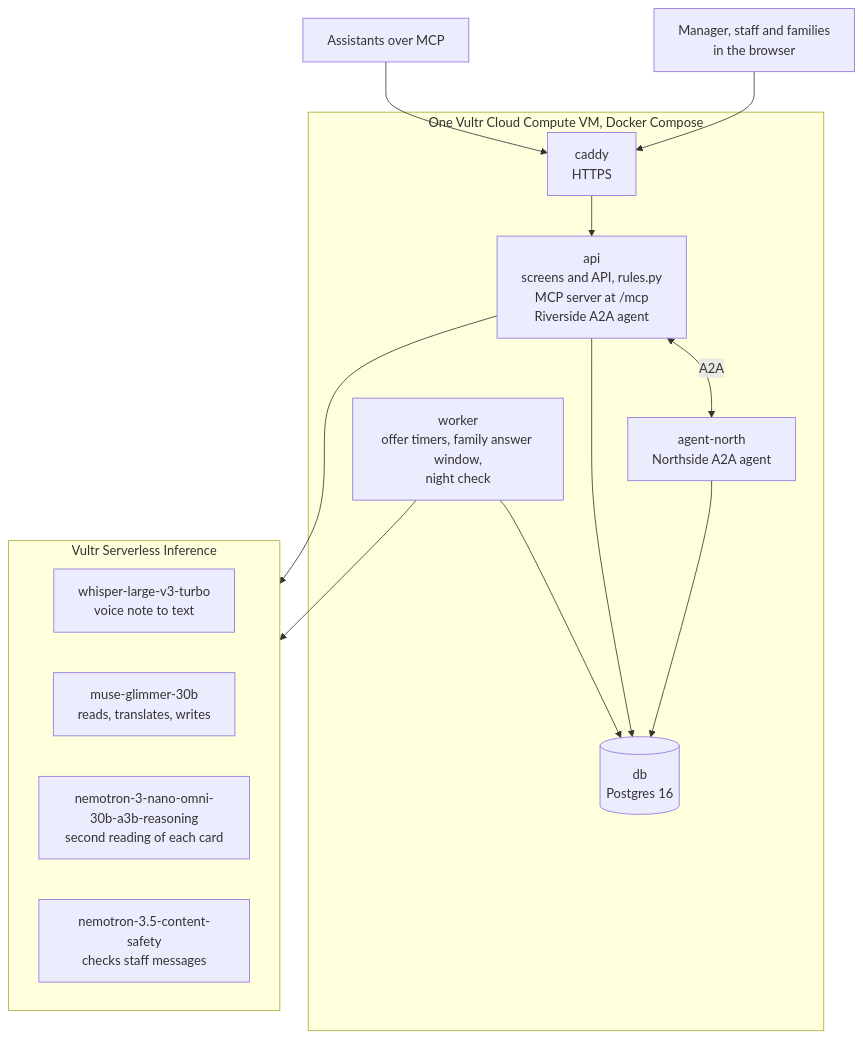
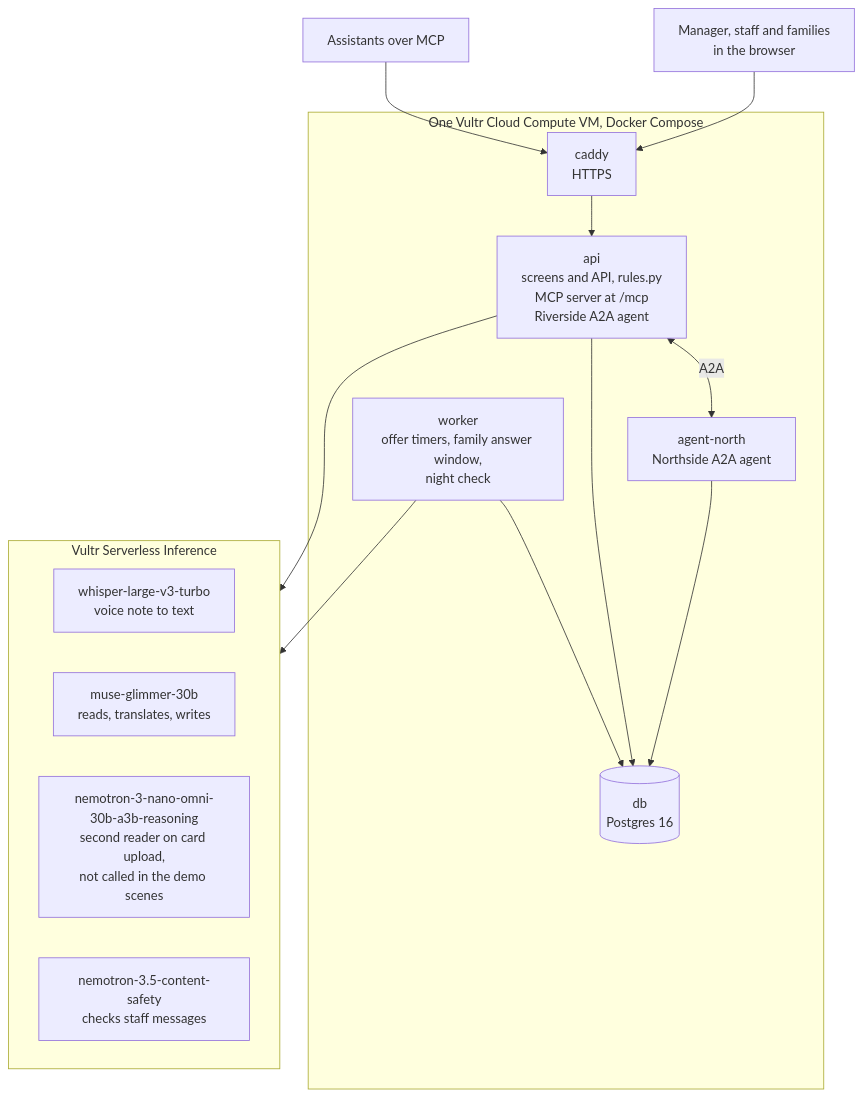
One commit to NadyKor15/coachcover changed the diagram in README.md. Above: the diagram before and after it, drawn with Mermaid. The commit also changed other lines of this file, not shown here.

Commit message:
README: say which models run live in the demo scenes and where Omni runs

````diff
--- a/README.md
+++ b/README.md
@@ -87,24 +87,24 @@
 ```mermaid
 flowchart TB
   people["Manager, staff and families<br/>in the browser"] --> caddy
   assistants["Assistants over MCP"] --> caddy
   subgraph vm["One Vultr Cloud Compute VM, Docker Compose"]
     caddy["caddy<br/>HTTPS"] --> api
     api["api<br/>screens and API, rules.py<br/>MCP server at /mcp<br/>Riverside A2A agent"]
     north["agent-north<br/>Northside A2A agent"]
     worker["worker<br/>offer timers, family answer window,<br/>night check"]
     db[("db<br/>Postgres 16")]
     api <-->|A2A| north
     api --> db
     north --> db
     worker --> db
   end
   subgraph si["Vultr Serverless Inference"]
     whisper["whisper-large-v3-turbo<br/>voice note to text"]
     muse["muse-glimmer-30b<br/>reads, translates, writes"]
-    omni["nemotron-3-nano-omni-30b-a3b-reasoning<br/>second reading of each card"]
+    omni["nemotron-3-nano-omni-30b-a3b-reasoning<br/>second reader on card upload,<br/>not called in the demo scenes"]
     safety["nemotron-3.5-content-safety<br/>checks staff messages"]
   end
   api --> si
   worker --> si
 ```
````
